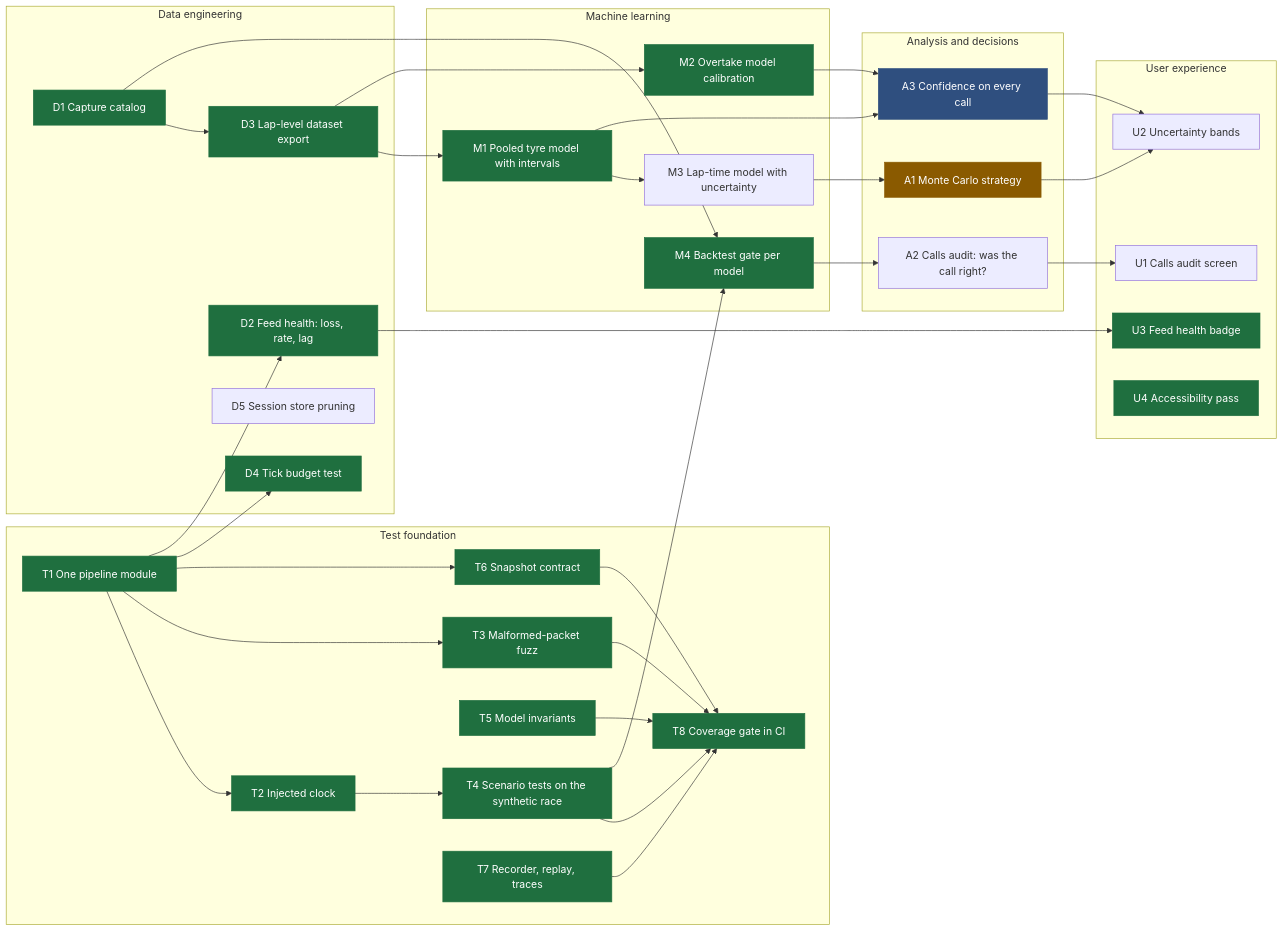
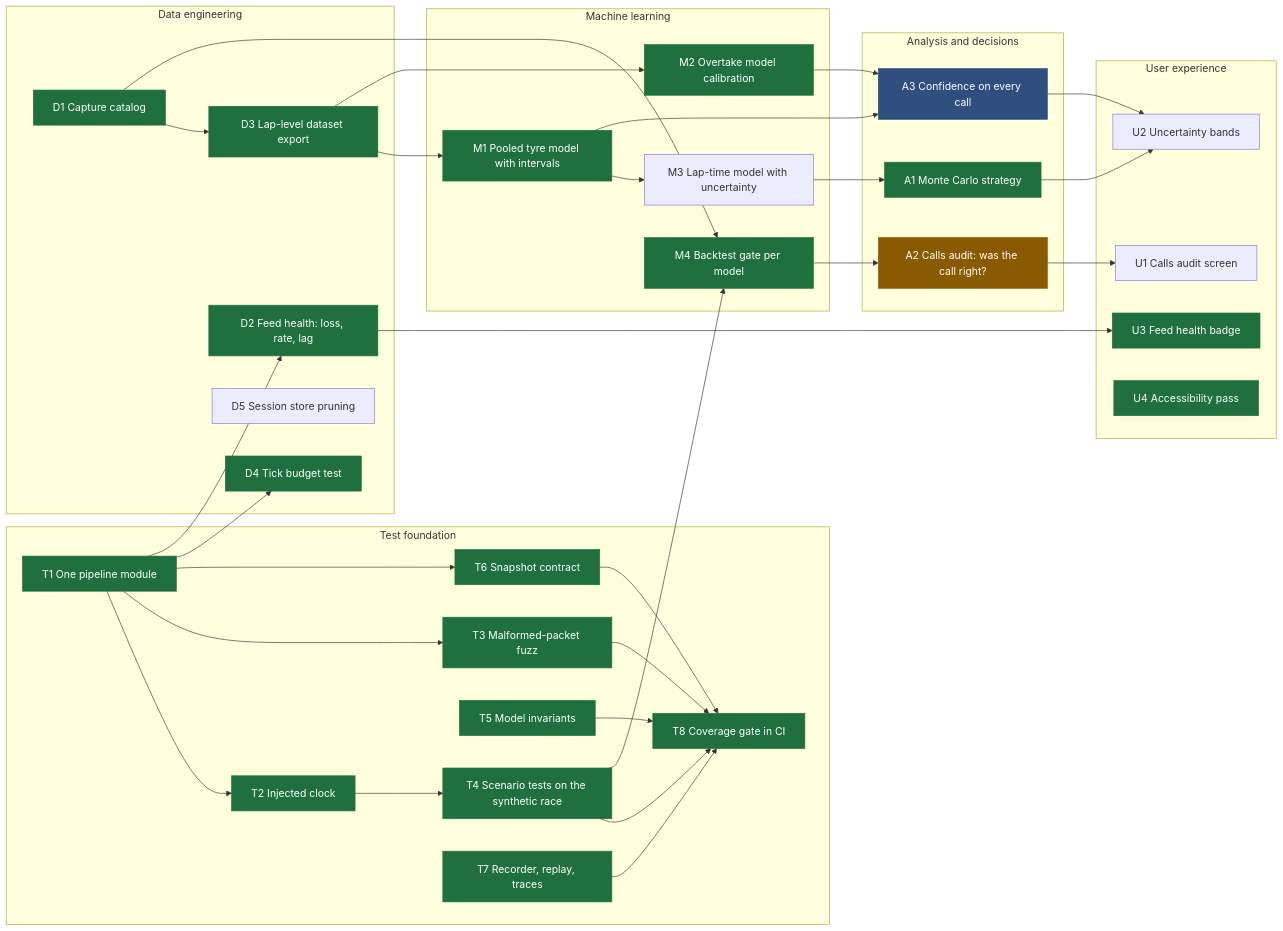
The diagram in docs/roadmap.md (srikarnadella/f1-race-engineer), drawn with Mermaid before and after one commit. The commit also changed other lines of this file and 6 other files, not shown here.

First line of the commit message:
Race plan as odds (roadmap A1): one stop or two raced 1,000 times with the wear rates and pit loss drawn as widely as they are uncertain; the card says "wins 87% of 1,000 simulated races"

````diff
--- a/docs/roadmap.md
+++ b/docs/roadmap.md
@@ -8,54 +8,54 @@
 ```mermaid
 flowchart LR
   classDef done fill:#1f6f3f,color:#fff,stroke:#1f6f3f
   classDef next fill:#8a5a00,color:#fff,stroke:#8a5a00
   classDef part fill:#2f4f7f,color:#fff,stroke:#2f4f7f
 
   subgraph T[Test foundation]
     T1[T1 One pipeline module]:::done
     T2[T2 Injected clock]:::done
     T3[T3 Malformed-packet fuzz]:::done
     T4[T4 Scenario tests on the synthetic race]:::done
     T5[T5 Model invariants]:::done
     T6[T6 Snapshot contract]:::done
     T7[T7 Recorder, replay, traces]:::done
     T8[T8 Coverage gate in CI]:::done
   end
   subgraph D[Data engineering]
     D1[D1 Capture catalog]:::done
     D2[D2 Feed health: loss, rate, lag]:::done
     D3[D3 Lap-level dataset export]:::done
     D4[D4 Tick budget test]:::done
     D5[D5 Session store pruning]
   end
   subgraph M[Machine learning]
     M1[M1 Pooled tyre model with intervals]:::done
     M2[M2 Overtake model calibration]:::done
     M3[M3 Lap-time model with uncertainty]
     M4[M4 Backtest gate per model]:::done
   end
   subgraph A[Analysis and decisions]
-    A1[A1 Monte Carlo strategy]:::next
-    A2[A2 Calls audit: was the call right?]
+    A1[A1 Monte Carlo strategy]:::done
+    A2[A2 Calls audit: was the call right?]:::next
     A3[A3 Confidence on every call]:::part
   end
   subgraph U[User experience]
     U1[U1 Calls audit screen]
     U2[U2 Uncertainty bands]
     U3[U3 Feed health badge]:::done
     U4[U4 Accessibility pass]:::done
   end
 
   T1 --> T2 --> T4
   T1 --> T3
   T1 --> T6
   T1 --> D4
   T3 & T4 & T5 & T6 & T7 --> T8
   T1 --> D2 --> U3
   D1 --> D3
   D3 --> M1 & M2
   M1 --> M3 --> A1
   D1 & T4 --> M4 --> A2 --> U1
   M1 & M2 --> A3 --> U2
   A1 --> U2
 ```
````
